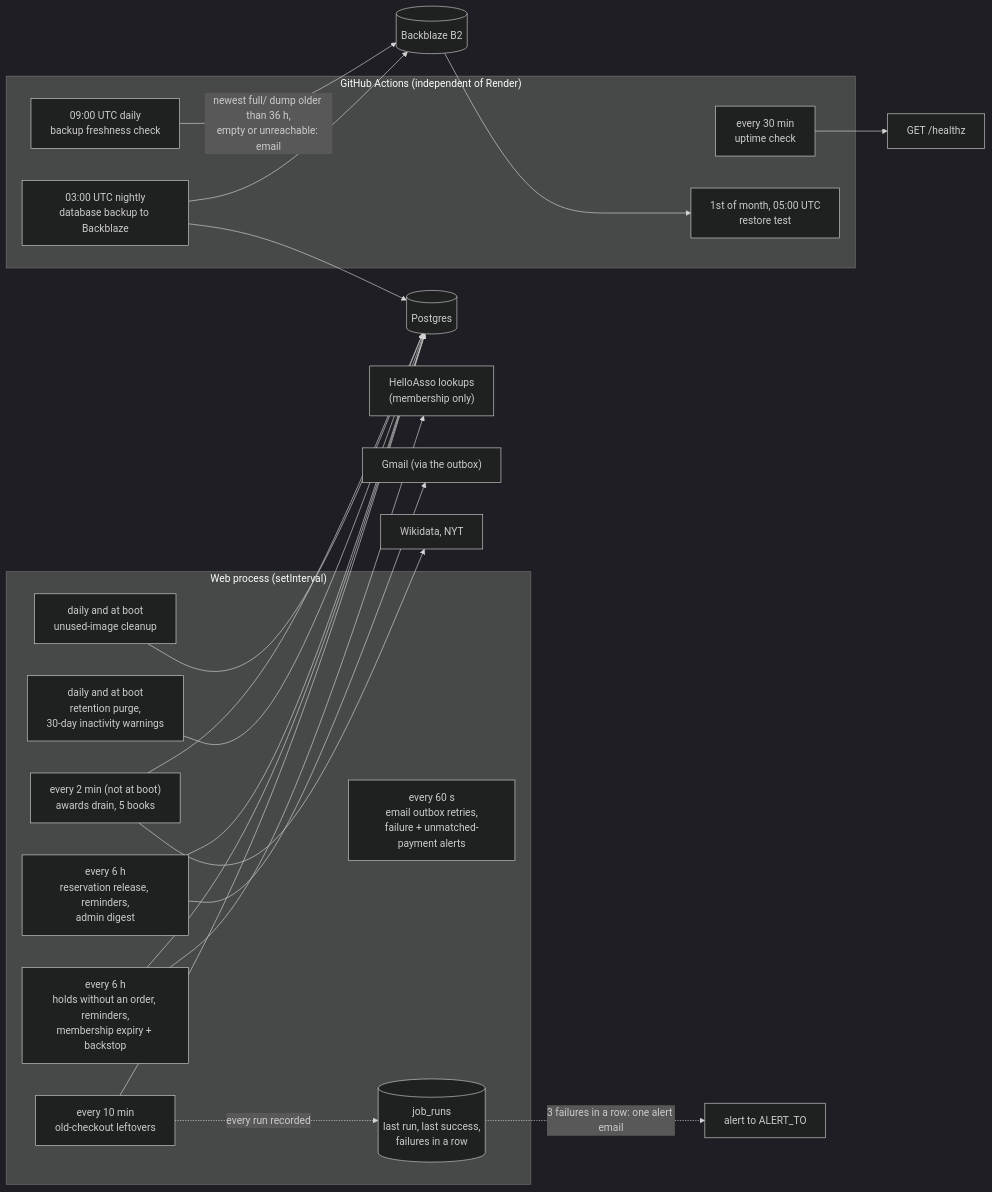
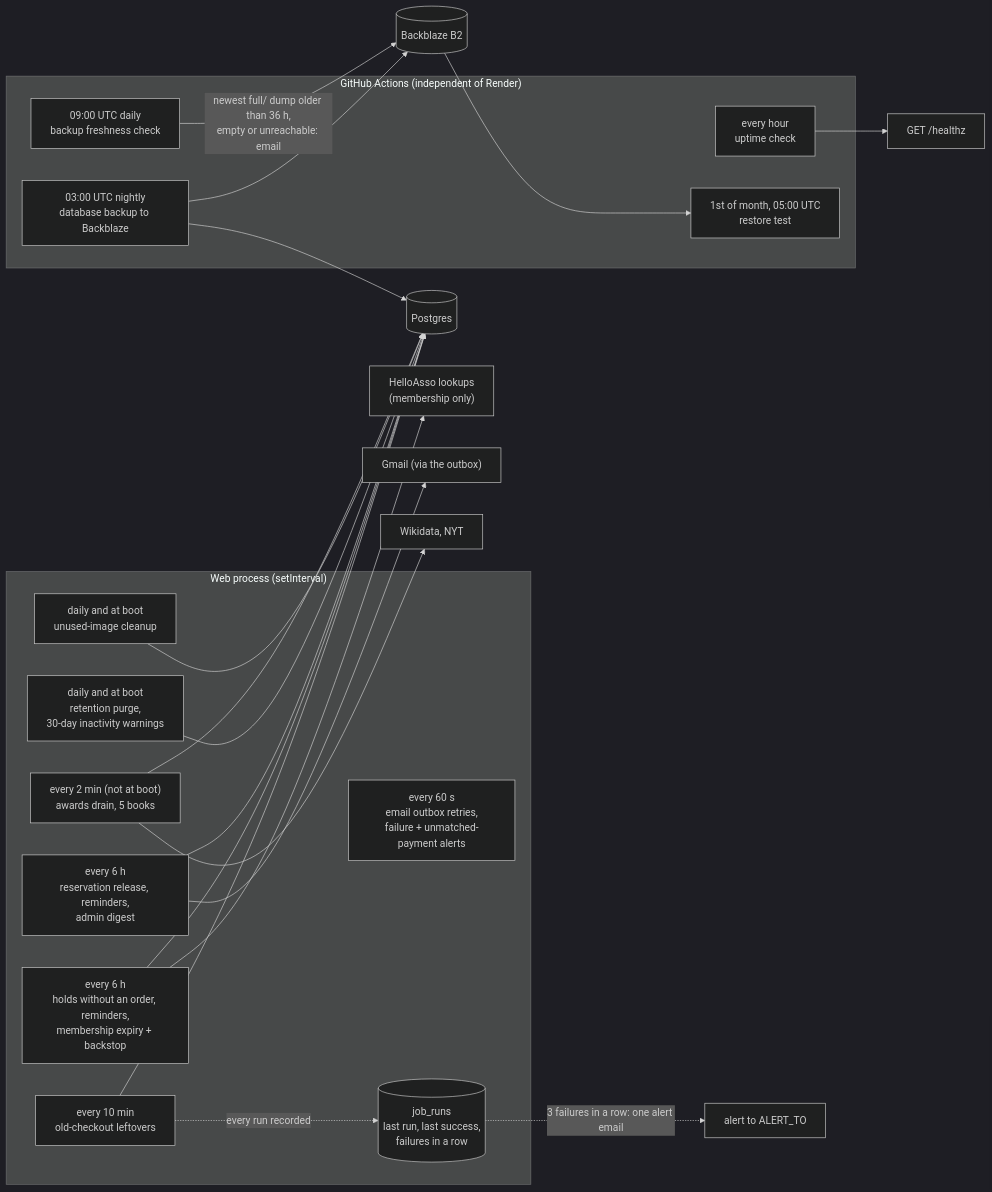
Diagram 11 of 15 in docs/architecture.md (umasbooksadmin/umasbookswebsite), drawn with Mermaid (dark theme) before and after one commit. The commit also changed other lines of this file and 33 other files, not shown here.

````diff
--- a/docs/architecture.md
+++ b/docs/architecture.md
@@ -953,35 +953,35 @@
 ```mermaid
 flowchart LR
   subgraph proc["Web process (setInterval)"]
     A["every 10 min<br/>old-checkout leftovers"] 
     C["every 6 h<br/>holds without an order, reminders,<br/>membership expiry + backstop"]
     OF["every 6 h<br/>reservation release, reminders,<br/>admin digest"]
     OB["every 60 s<br/>email outbox retries,<br/>failure + unmatched-payment alerts"]
     P["daily and at boot<br/>retention purge,<br/>30-day inactivity warnings"]
     IC["daily and at boot<br/>unused-image cleanup"]
     AW["every 2 min (not at boot)<br/>awards drain, 5 books"]
     JR[("job_runs<br/>last run, last success,<br/>failures in a row")]
   end
   subgraph gha["GitHub Actions (independent of Render)"]
-    D["every 30 min<br/>uptime check"]
+    D["every hour<br/>uptime check"]
     E["03:00 UTC nightly<br/>database backup to Backblaze"]
     F["1st of month, 05:00 UTC<br/>restore test"]
     FR["09:00 UTC daily<br/>backup freshness check"]
   end
   A --> DB[("Postgres")]
   C --> DB
   C --> HA["HelloAsso lookups<br/>(membership only)"]
   OF --> DB
   OF --> GMX["Gmail (via the outbox)"]
   D --> W["GET /healthz"]
   P --> DB
   E --> DB
   E --> BK[("Backblaze B2")]
   BK --> F
   FR -->|"newest full/ dump older than 36 h,<br/>empty or unreachable: email"| BK
   IC --> DB
   AW --> DB
   A -. "every run recorded" .-> JR
   JR -. "3 failures in a row: one alert email" .-> OBX["alert to ALERT_TO"]
   AW --> EXT["Wikidata, NYT"]
 ```
````
